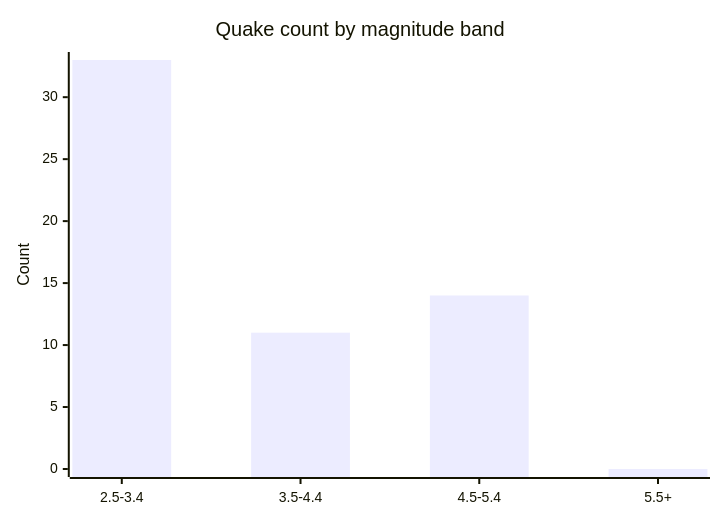
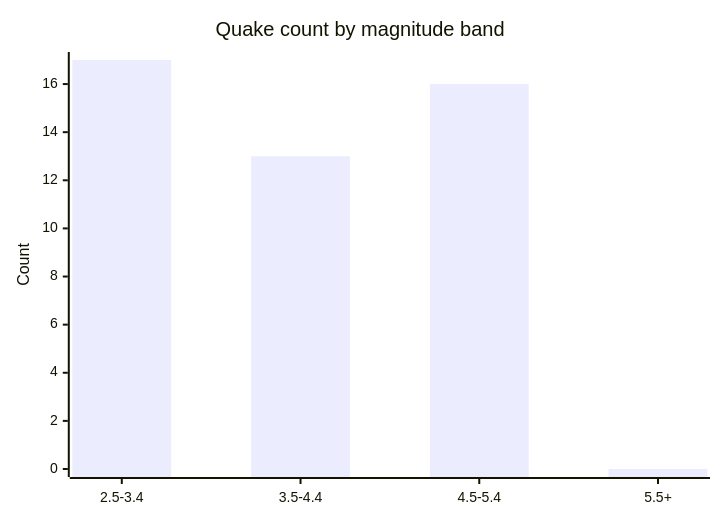
Before and after one commit to Midwest-Stratospheric/aerostratospheric-defense-gir: the fifth of 6 diagrams in docs/GRAPHS.md, drawn with Mermaid. The commit also changed other lines of this file and 22 other files, not shown here.

````diff
--- a/docs/GRAPHS.md
+++ b/docs/GRAPHS.md
@@ -82,7 +82,7 @@
 ```mermaid
 xychart-beta
   title "Quake count by magnitude band"
   x-axis ["2.5-3.4", "3.5-4.4", "4.5-5.4", "5.5+"]
-  y-axis "Count" 0 --> 33
-  bar [33, 11, 14, 0]
+  y-axis "Count" 0 --> 17
+  bar [17, 13, 16, 0]
 ```
````
